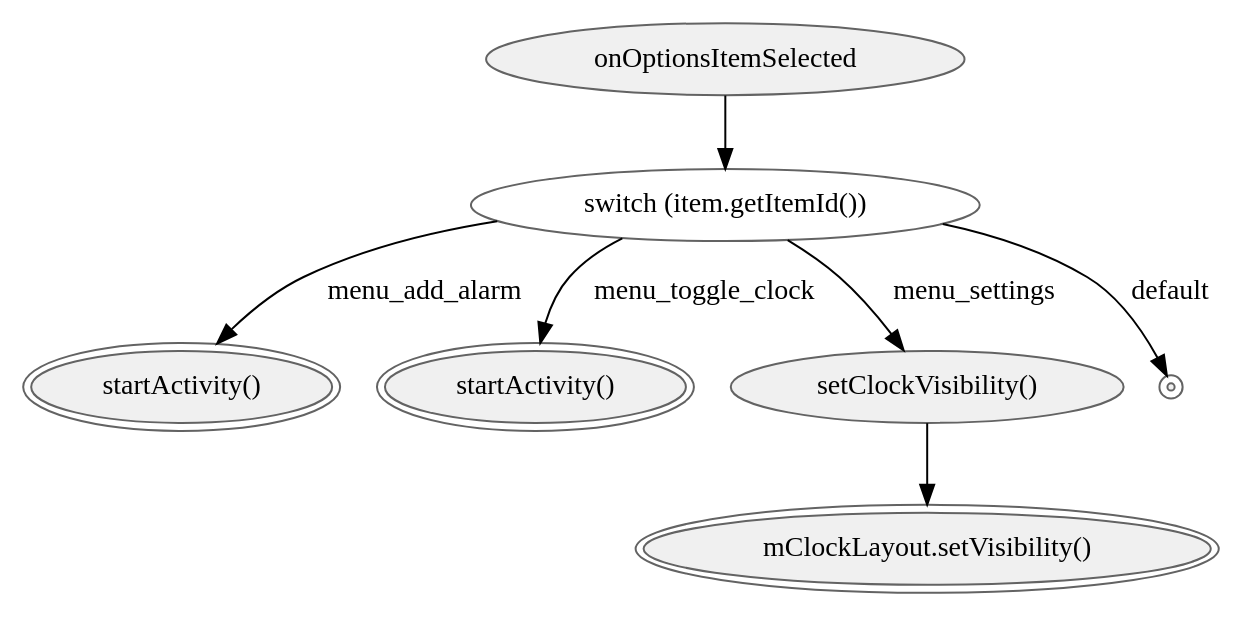
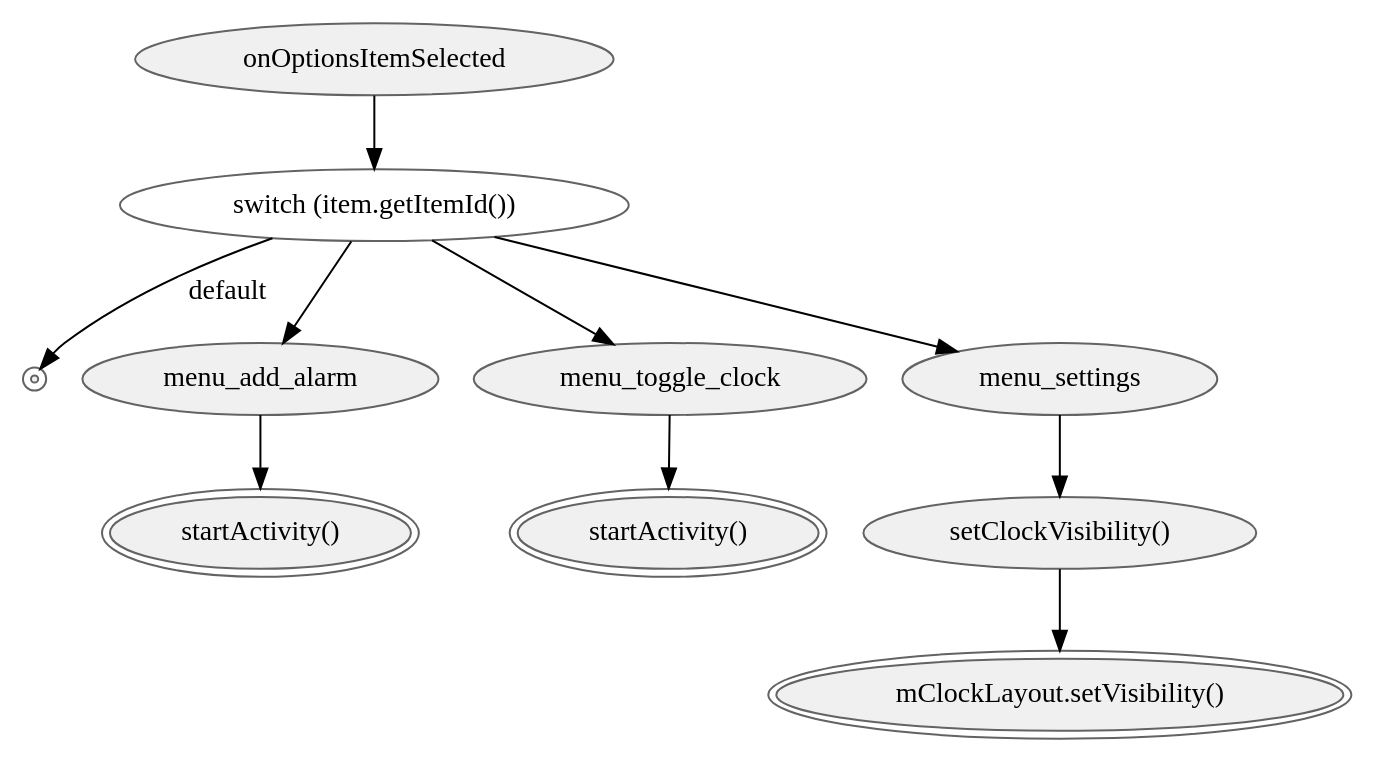
Before and after one commit to hans89/astparser: the diagram in graphviz/AlarmClock-AC.onOpItmSel.gv, drawn with Graphviz. The commit also changed 9 other files, not shown here.

```diff
--- a/graphviz/AlarmClock-AC.onOpItmSel.gv
+++ b/graphviz/AlarmClock-AC.onOpItmSel.gv
@@ -1,22 +1,29 @@
 digraph {
 rankdir = TB;
 fontname="Helvetica";
 node[style="filled,solid", colorscheme=greys3, fillcolor=1, color=3];
 
 
 onOpts[label="onOptionsItemSelected"];
 switch[label="switch (item.getItemId())",style="solid"];
 start1[label="startActivity()",peripheries=2];
 start2[label="startActivity()",peripheries=2];
 setVis1[label="setClockVisibility()"];
 setVis2[label="mClockLayout.setVisibility()",peripheries=2];
 t1[shape=point,style="solid",peripheries=2];
 
+case1[label="menu_add_alarm"];
+case2[label="menu_toggle_clock"];
+case3[label="menu_settings"];
+
 onOpts -> switch;
-switch -> start1[label="menu_add_alarm"];
-switch -> start2[label="menu_toggle_clock"];
-switch -> setVis1[label="menu_settings"];
+switch -> case1;
+case1 -> start1;
+switch -> case2;
+case2 -> start2;
+switch -> case3;
+case3 -> setVis1;
 switch -> t1[label="default"];
 setVis1 -> setVis2;
 
 }
```
